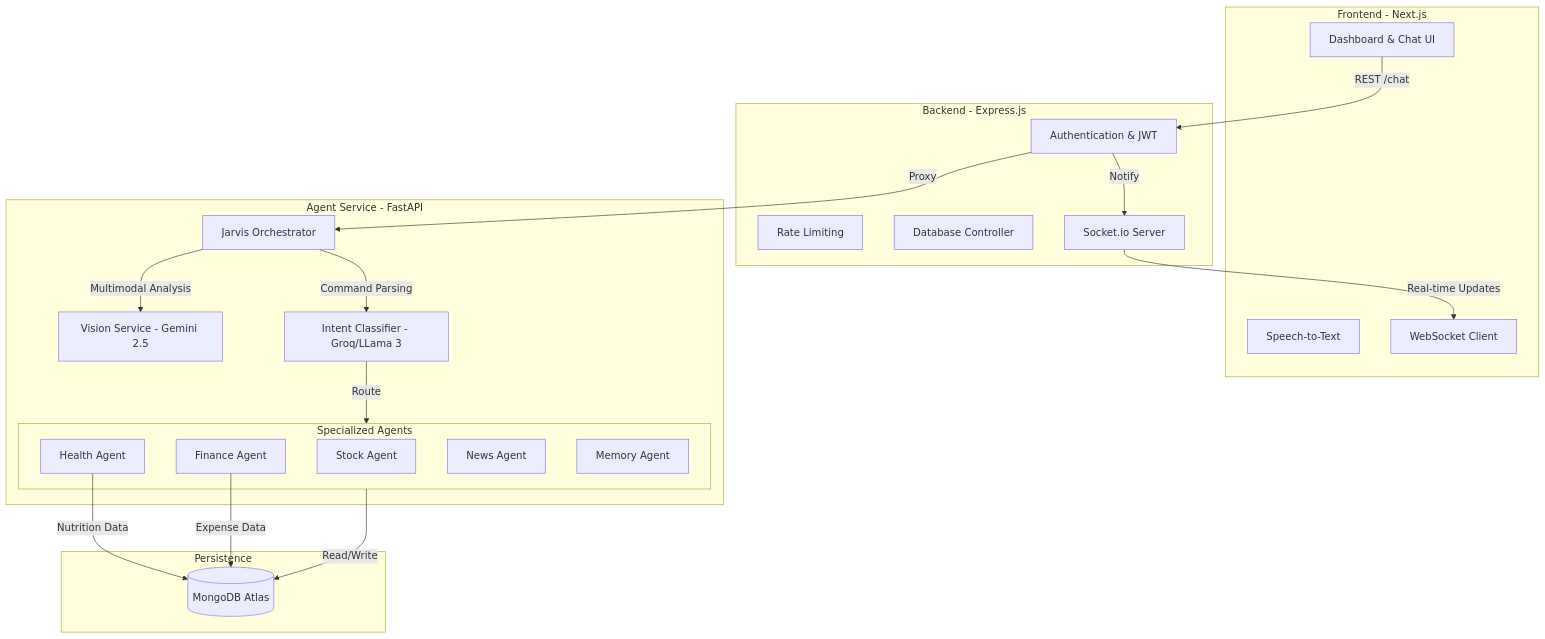
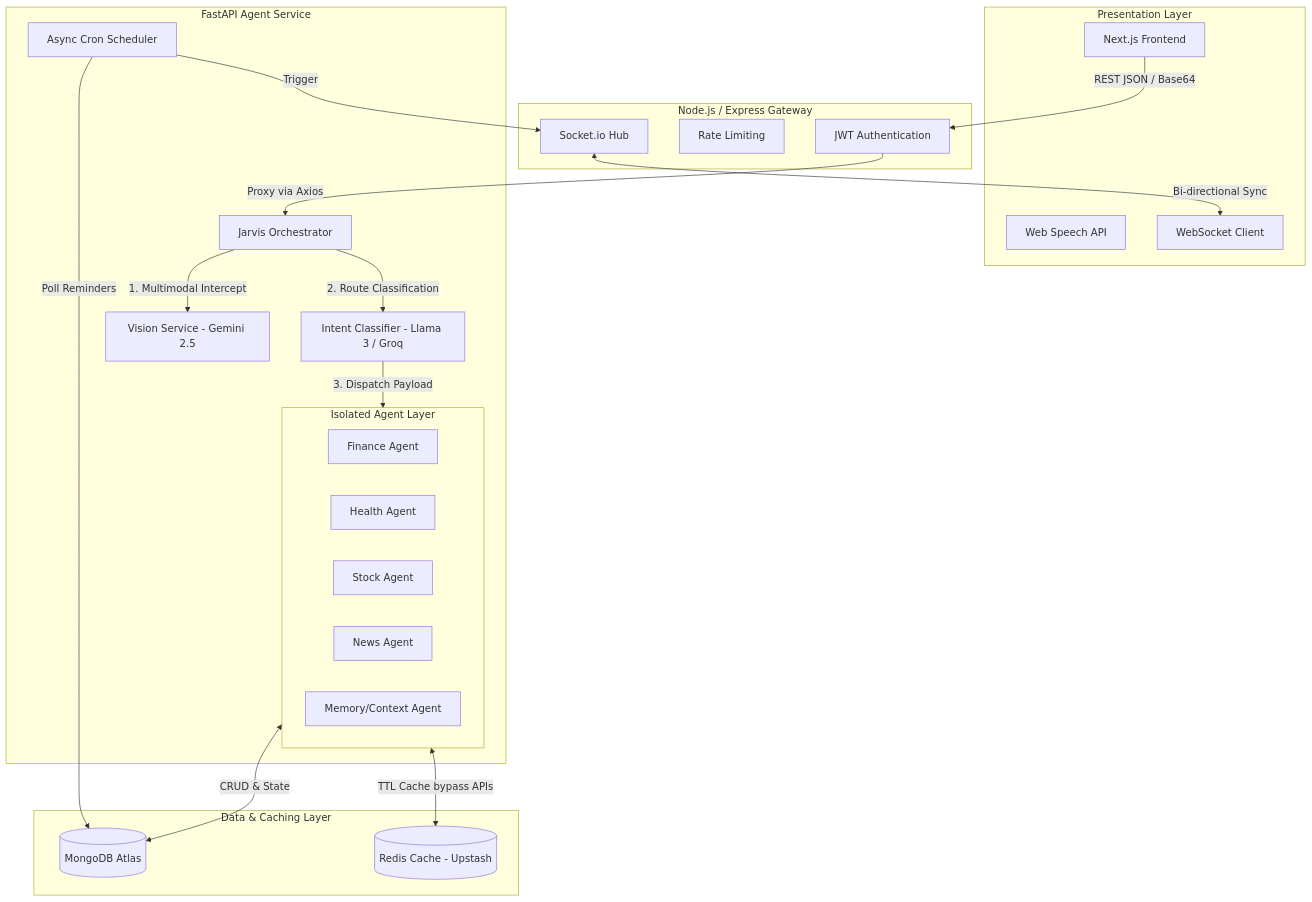
One commit to mangalgithub/jarvis changed the first of 2 diagrams in ARCHITECTURE.md. Above: the diagram before and after it, drawn with Mermaid. The commit also changed other lines of this file and 1 other file, not shown here.

Commit message:
update/readme and architecture diagram updated

````diff
--- a/ARCHITECTURE.md
+++ b/ARCHITECTURE.md
@@ -7,46 +11,53 @@
 ```mermaid
 graph TD
-    subgraph Client_Layer [Frontend - Next.js]
-        UI[Dashboard & Chat UI]
-        STT[Speech-to-Text]
+    %% Client Layer
+    subgraph Client_Layer [Presentation Layer]
+        UI[Next.js Frontend]
+        STT[Web Speech API]
         WS_Client[WebSocket Client]
     end
 
-    subgraph API_Gateway [Backend - Express.js]
-        Auth[Authentication & JWT]
+    %% Node.js Gateway
+    subgraph API_Gateway [Node.js / Express Gateway]
+        Auth[JWT Authentication]
         RateLimit[Rate Limiting]
-        DB_Proxy[Database Controller]
-        WS_Server[Socket.io Server]
+        WS_Server[Socket.io Hub]
     end
 
-    subgraph AI_Core [Agent Service - FastAPI]
+    %% Persistence & Cache
+    subgraph Infrastructure [Data & Caching Layer]
+        MDB[(MongoDB Atlas)]
+        Redis[(Redis Cache - Upstash)]
+    end
+
+    %% Python AI Core
+    subgraph AI_Core [FastAPI Agent Service]
         Orch[Jarvis Orchestrator]
         Vision[Vision Service - Gemini 2.5]
-        Intent[Intent Classifier - Groq/LLama 3]
+        Intent[Intent Classifier - Llama 3 / Groq]
+        Scheduler[Async Cron Scheduler]
         
-        subgraph Agents [Specialized Agents]
+        subgraph Agents [Isolated Agent Layer]
             FA[Finance Agent]
             HA[Health Agent]
             SA[Stock Agent]
             NA[News Agent]
-            MA[Memory Agent]
+            MA[Memory/Context Agent]
         end
     end
 
-    subgraph Data_Storage [Persistence]
-        MDB[(MongoDB Atlas)]
-    end
-
-    %% Flow
-    UI -->|REST /chat| Auth
-    Auth -->|Proxy| Orch
-    Orch -->|Multimodal Analysis| Vision
-    Orch -->|Command Parsing| Intent
-    Intent -->|Route| Agents
+    %% Flow Definitions
+    UI -->|REST JSON / Base64| Auth
+    Auth -->|Proxy via Axios| Orch
     
-    Agents -->|Read/Write| MDB
-    Auth -->|Notify| WS_Server
-    WS_Server -->|Real-time Updates| WS_Client
-    HA -->|Nutrition Data| MDB
-    FA -->|Expense Data| MDB
+    Orch -->|1. Multimodal Intercept| Vision
+    Orch -->|2. Route Classification| Intent
+    Intent -->|3. Dispatch Payload| Agents
+    
+    Agents <-->|CRUD & State| MDB
+    Agents <-->|TTL Cache bypass APIs| Redis
+    
+    Scheduler -->|Poll Reminders| MDB
+    Scheduler -->|Trigger| WS_Server
+    WS_Server <-->|Bi-directional Sync| WS_Client
 ```
````
